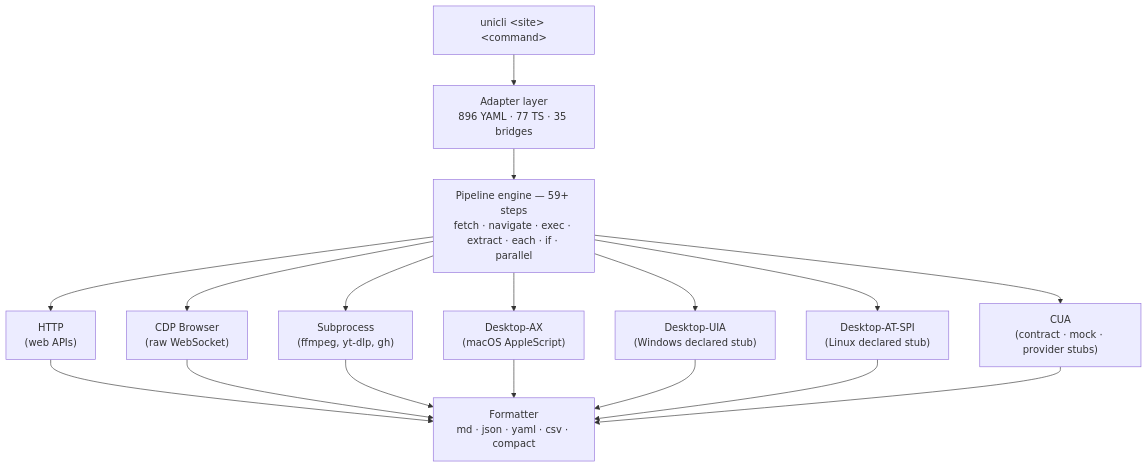
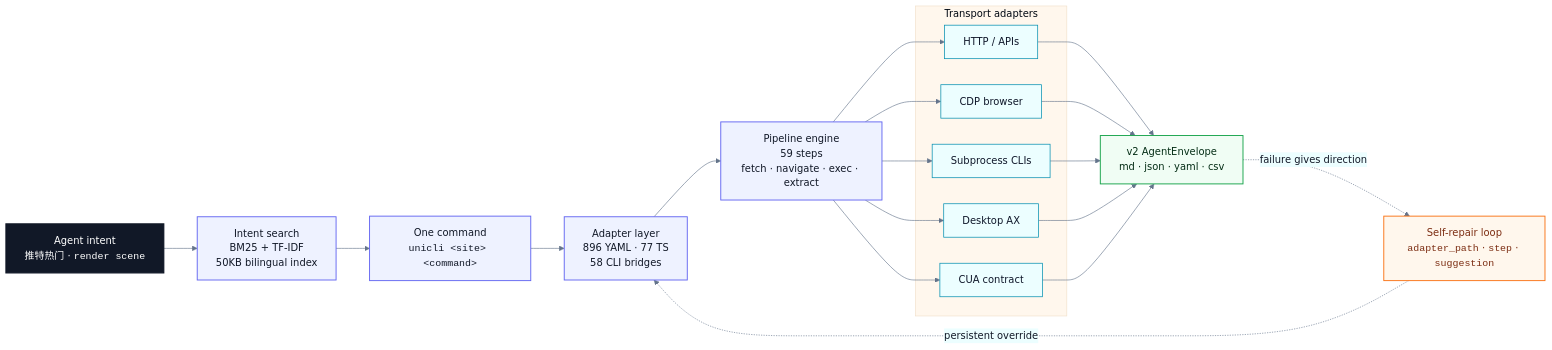
Before and after one commit to olo-dot-io/Uni-CLI: the diagram in README.md, drawn with Mermaid. The commit also changed other lines of this file and 20 other files, not shown here.

````diff
--- a/README.md
+++ b/README.md
@@ -79,24 +193,39 @@
 ```mermaid
-graph TB
-    CMD["unicli &lt;site&gt; &lt;command&gt;"]
+%%{init: {"theme":"base","themeVariables":{"fontFamily":"Inter, ui-sans-serif, system-ui, sans-serif","primaryColor":"#eef2ff","primaryTextColor":"#111827","primaryBorderColor":"#6366f1","lineColor":"#64748b","secondaryColor":"#ecfeff","tertiaryColor":"#fff7ed"},"flowchart":{"curve":"basis","nodeSpacing":42,"rankSpacing":54}}}%%
+flowchart LR
+    Intent["Agent intent<br/><code>推特热门</code> · <code>render scene</code>"]:::entry
+    Search["Intent search<br/>BM25 + TF-IDF<br/>50KB bilingual index"]:::core
+    Command["One command<br/><code>unicli &lt;site&gt; &lt;command&gt;</code>"]:::core
+    Adapter["Adapter layer<br/><!-- STATS:adapter_count_yaml -->896<!-- /STATS --> YAML · <!-- STATS:adapter_count_ts -->77<!-- /STATS --> TS<br/>58 CLI bridges"]:::core
+    Engine["Pipeline engine<br/><!-- STATS:pipeline_step_count -->59<!-- /STATS --> steps<br/>fetch · navigate · exec · extract"]:::core
+    Envelope["v2 AgentEnvelope<br/>md · json · yaml · csv"]:::out
+    Repair["Self-repair loop<br/><code>adapter_path</code> · <code>step</code> · <code>suggestion</code>"]:::repair
 
-    CMD --> ADAPT["Adapter layer<br/><!-- STATS:adapter_count_yaml -->896<!-- /STATS --> YAML · <!-- STATS:adapter_count_ts -->77<!-- /STATS --> TS · 35 bridges"]
+    subgraph Transports["Transport adapters"]
+      HTTP["HTTP / APIs"]:::transport
+      Browser["CDP browser"]:::transport
+      Process["Subprocess CLIs"]:::transport
+      Desktop["Desktop AX"]:::transport
+      CUA["CUA contract"]:::transport
+    end
 
-    ADAPT --> ENGINE["Pipeline engine — <!-- STATS:pipeline_step_count -->59<!-- /STATS -->+ steps<br/>fetch · navigate · exec · extract · each · if · parallel"]
+    Intent --> Search --> Command --> Adapter --> Engine
+    Engine --> HTTP
+    Engine --> Browser
+    Engine --> Process
+    Engine --> Desktop
+    Engine --> CUA
+    HTTP --> Envelope
+    Browser --> Envelope
+    Process --> Envelope
+    Desktop --> Envelope
+    CUA --> Envelope
+    Envelope -. failure gives direction .-> Repair
+    Repair -. persistent override .-> Adapter
 
-    ENGINE --> T1["HTTP<br/>(web APIs)"]
-    ENGINE --> T2["CDP Browser<br/>(raw WebSocket)"]
-    ENGINE --> T3["Subprocess<br/>(ffmpeg, yt-dlp, gh)"]
-    ENGINE --> T4["Desktop-AX<br/>(macOS AppleScript)"]
-    ENGINE --> T5["Desktop-UIA<br/>(Windows declared stub)"]
-    ENGINE --> T6["Desktop-AT-SPI<br/>(Linux declared stub)"]
-    ENGINE --> T7["CUA<br/>(contract · mock · provider stubs)"]
-
-    T1 --> OUT["Formatter<br/>md · json · yaml · csv · compact"]
-    T2 --> OUT
-    T3 --> OUT
-    T4 --> OUT
-    T5 --> OUT
-    T6 --> OUT
-    T7 --> OUT
+    classDef entry fill:#111827,color:#ffffff,stroke:#111827,stroke-width:2px;
+    classDef core fill:#eef2ff,color:#111827,stroke:#6366f1,stroke-width:1.5px;
+    classDef transport fill:#ecfeff,color:#0f172a,stroke:#0891b2,stroke-width:1.2px;
+    classDef out fill:#f0fdf4,color:#052e16,stroke:#16a34a,stroke-width:1.5px;
+    classDef repair fill:#fff7ed,color:#7c2d12,stroke:#f97316,stroke-width:1.5px;
 ```
````
